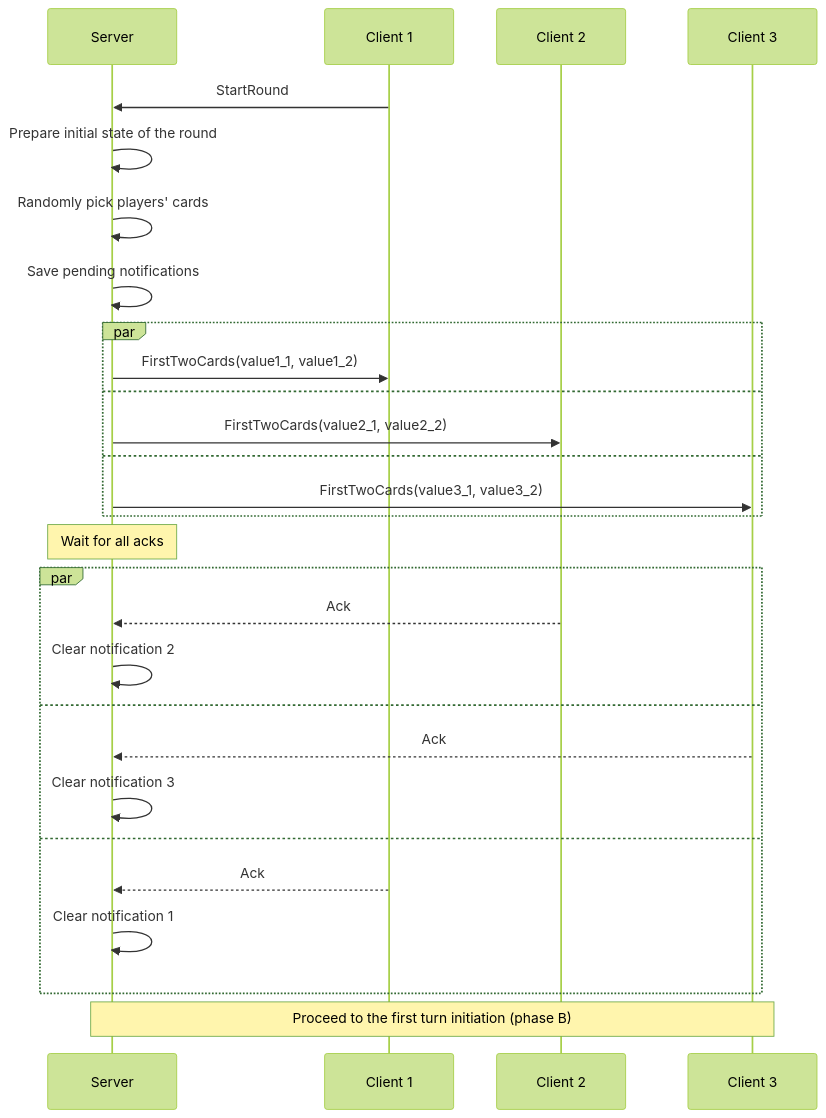
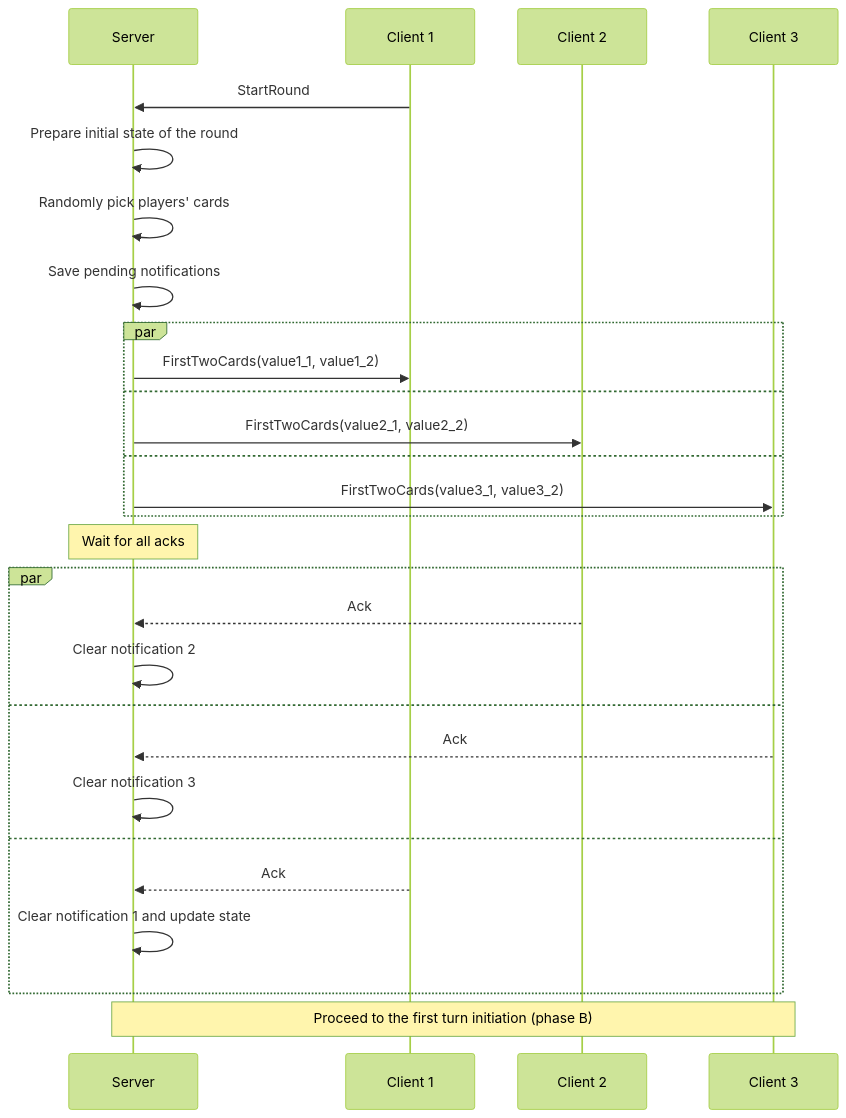
The second of 15 diagrams in README.md (roman-zubarevich/another), drawn with Mermaid (forest theme) before and after one commit. The commit also changed other lines of this file, not shown here.

````diff
--- a/README.md
+++ b/README.md
@@ -39,30 +39,30 @@
 ```mermaid
 sequenceDiagram
     participant S as Server
     participant C1 as Client 1
     participant C2 as Client 2
     participant C3 as Client 3
     C1->>S: StartRound
     S->>S: Prepare initial state of the round
     S->>S: Randomly pick players' cards
     S->>S: Save pending notifications
     par
         S->>C1: FirstTwoCards(value1_1, value1_2)
     and
         S->>C2: FirstTwoCards(value2_1, value2_2)
     and
         S->>C3: FirstTwoCards(value3_1, value3_2)
     end
     Note over S: Wait for all acks
     par
         C2-->>S: Ack
         S->>S: Clear notification 2
     and
         C3-->>S: Ack
         S->>S: Clear notification 3
     and
         C1-->>S: Ack
-        S->>S: Clear notification 1
+        S->>S: Clear notification 1 and update state
     end
     Note over S,C3: Proceed to the first turn initiation (phase B)
 ```
````
